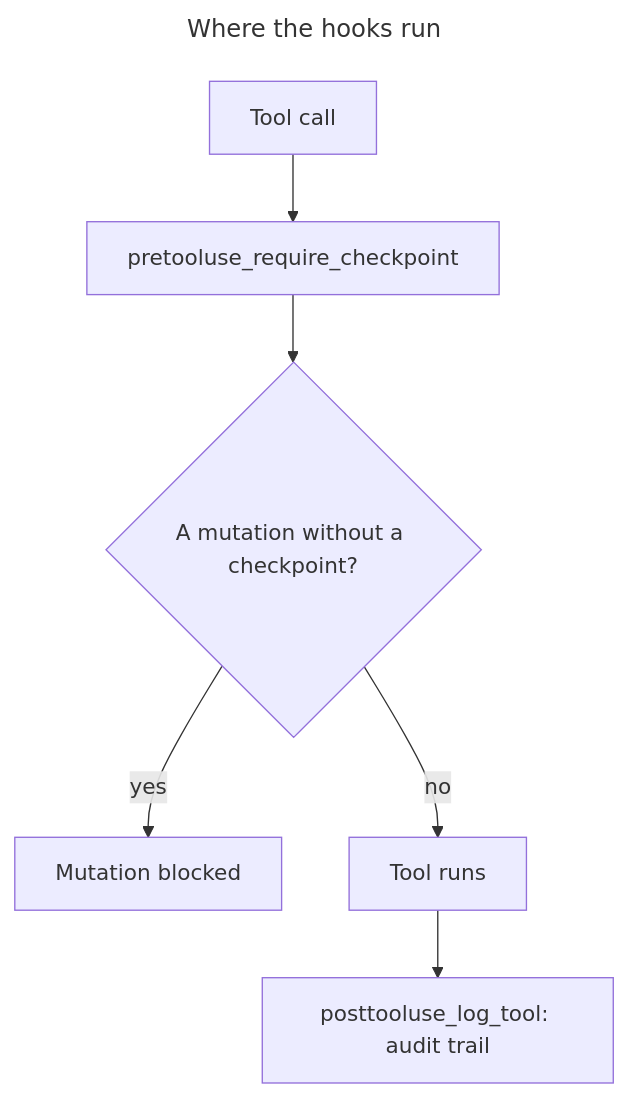
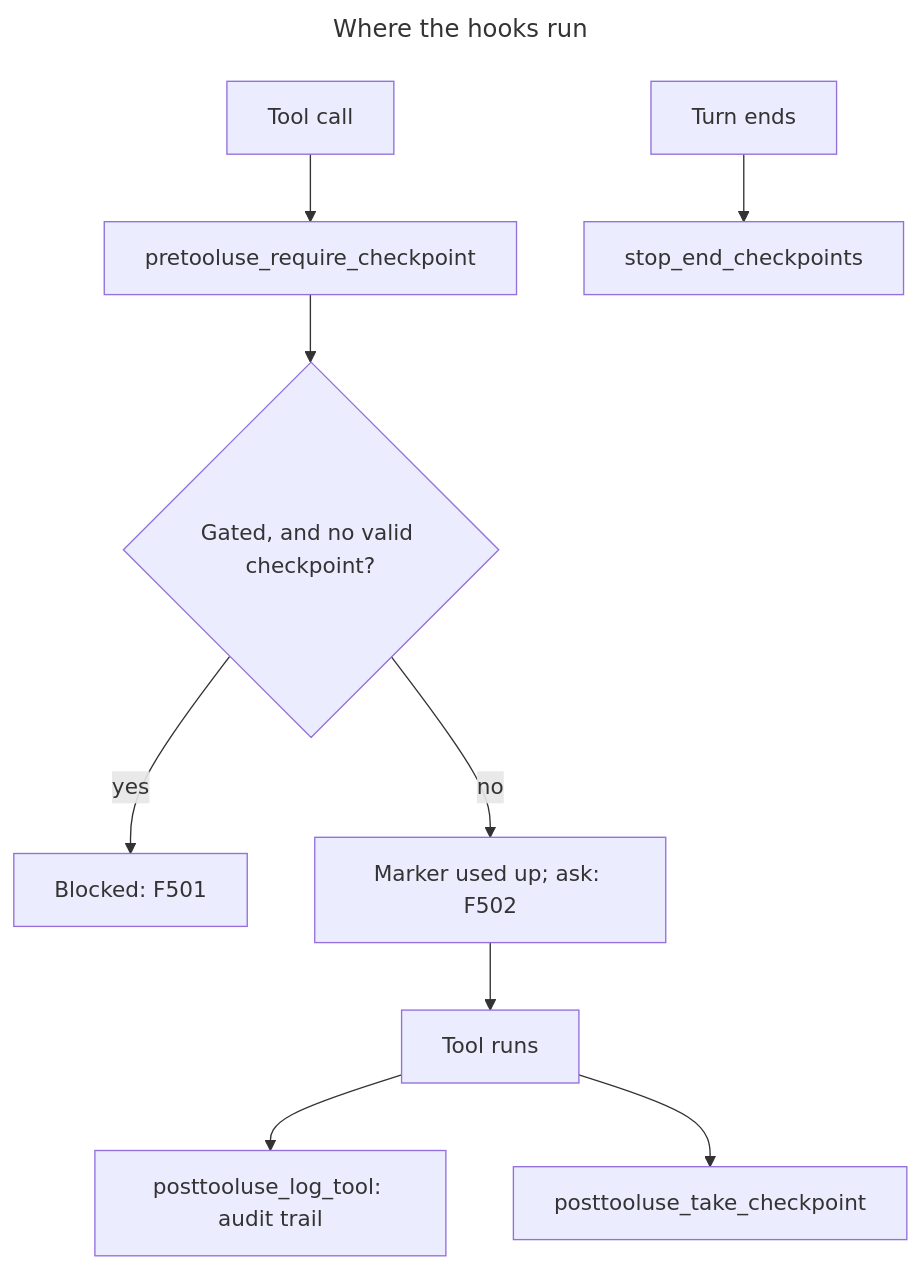
The seventh of 7 diagrams in spec/SECURITY.md (synaptiai/agent-capability-standard), drawn with Mermaid before and after one commit. The commit also changed other lines of this file and 24 other files, not shown here.

First line of the commit message:
feat(hooks): one checkpoint marker per gated call, approval asks, R407

````diff
--- a/spec/SECURITY.md
+++ b/spec/SECURITY.md
@@ -263,12 +264,15 @@
 ```mermaid
 ---
 title: Where the hooks run
 ---
 flowchart TB
-  accDescr: Before a tool runs, pretooluse_require_checkpoint blocks a mutation without a checkpoint; after it runs, posttooluse_log_tool adds to the audit trail.
+  accDescr: Before a tool runs, pretooluse_require_checkpoint classifies the call, blocks a gated call without a checkpoint, uses the checkpoint up and asks for approval; after it runs, posttooluse_log_tool adds to the audit trail and posttooluse_take_checkpoint writes the marker after a successful git stash create; when a turn ends, stop_end_checkpoints removes the marker.
   call[Tool call] --> hook[pretooluse_require_checkpoint]
-  hook --> pre{"A mutation without a checkpoint?"}
-  pre -->|yes| block[Mutation blocked]
-  pre -->|no| run[Tool runs]
+  hook --> pre{"Gated, and no valid checkpoint?"}
+  pre -->|yes| block["Blocked: F501"]
+  pre -->|no| ask["Marker used up; ask: F502"]
+  ask --> run[Tool runs]
   run --> post["posttooluse_log_tool: audit trail"]
+  run --> take["posttooluse_take_checkpoint"]
+  stop["Turn ends"] --> end1["stop_end_checkpoints"]
 ```
````
